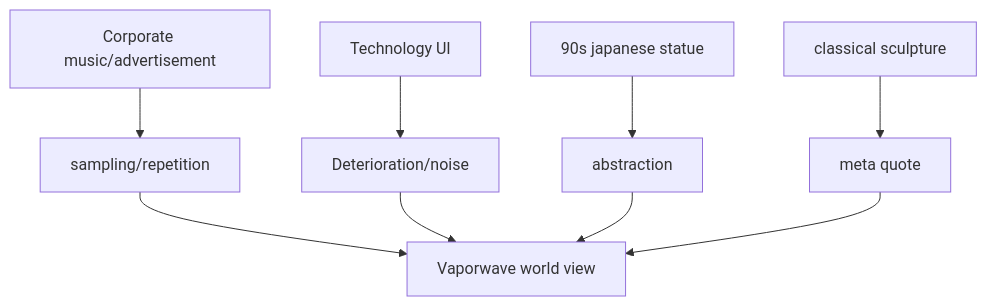
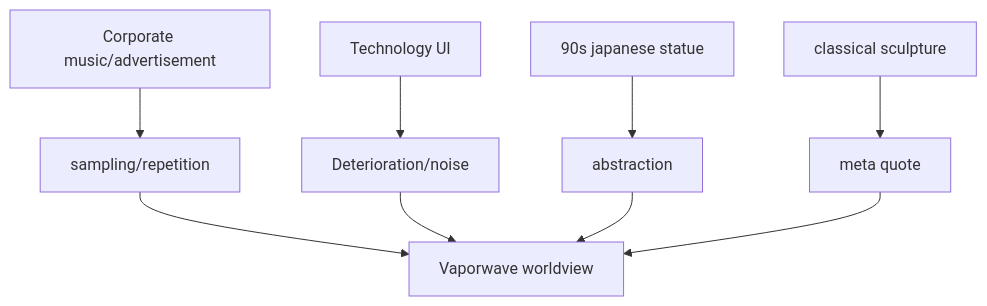
Before and after one commit to monumental-movement/monumental-movement.github.io: the third of 3 diagrams in en/_posts/2025-11-16-column-vaporwave.md, drawn with Mermaid. The commit also changed 252 other files, not shown here.

```diff
--- a/en/_posts/2025-11-16-column-vaporwave.md
+++ b/en/_posts/2025-11-16-column-vaporwave.md
@@ -158,13 +158,13 @@
 <div class="mermaid">
 
 graph TD
     A[Corporate music/advertisement] --> A2[sampling/repetition]
     B[Technology UI] --> B2[Deterioration/noise]
     C[90s japanese statue] --> C2[abstraction]
     D[classical sculpture] --> D2[meta quote]
-    A2 --> Z[Vaporwave world view]
+    A2 --> Z[Vaporwave worldview]
     B2 --> Z
     C2 --> Z
     D2 --> Z
 
 </div>
```
